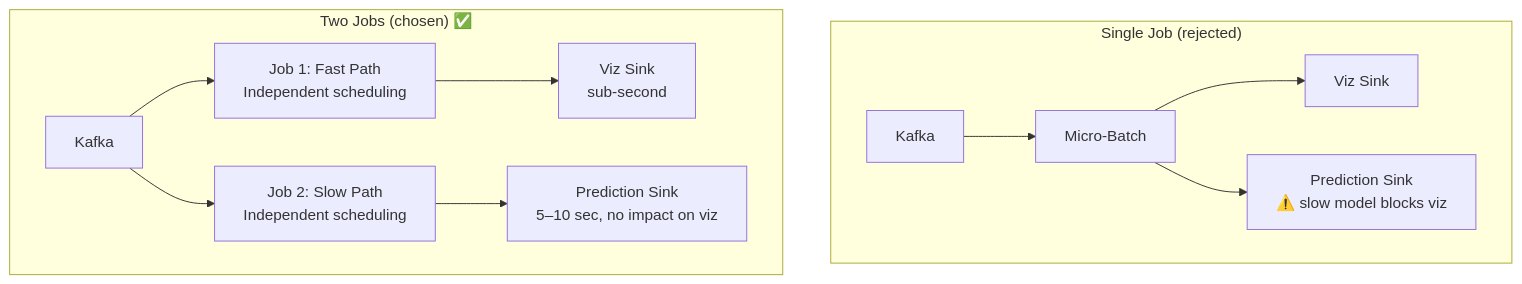
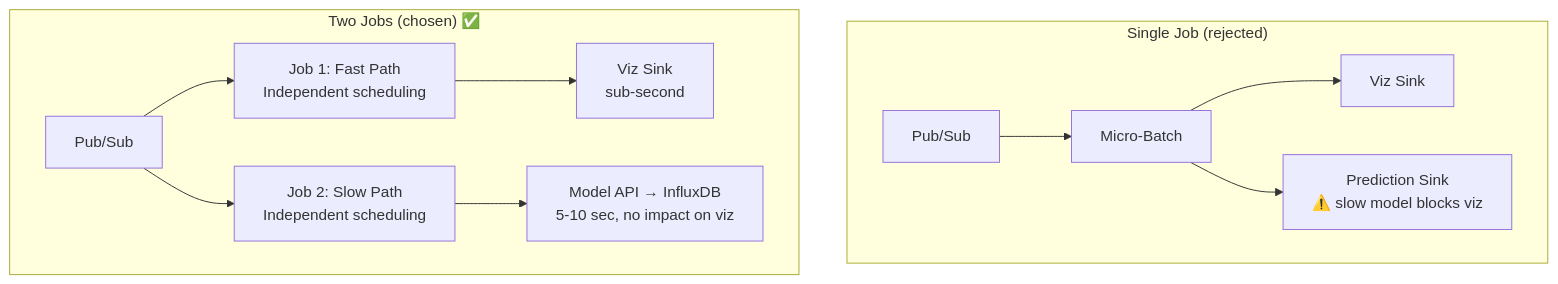
One commit to nmk-k66-uet/F1-Chubby-Data changed the sixth of 11 diagrams in revised_plan.md. Above: the diagram before and after it, drawn with Mermaid. The commit also changed other lines of this file and 1 other file, not shown here.

````diff
--- a/revised_plan.md
+++ b/revised_plan.md
@@ -307,15 +370,15 @@
 ```mermaid
 flowchart TD
     subgraph "Single Job (rejected)"
-        K1[Kafka] --> MB1[Micro-Batch]
+        K1[Pub/Sub] --> MB1[Micro-Batch]
         MB1 --> VIZ1[Viz Sink]
         MB1 --> PRED1[Prediction Sink<br/>⚠️ slow model blocks viz]
     end
 
     subgraph "Two Jobs (chosen) ✅"
-        K2[Kafka] --> JOB1[Job 1: Fast Path<br/>Independent scheduling]
+        K2[Pub/Sub] --> JOB1[Job 1: Fast Path<br/>Independent scheduling]
         K2 --> JOB2[Job 2: Slow Path<br/>Independent scheduling]
         JOB1 --> VIZ2[Viz Sink<br/>sub-second]
-        JOB2 --> PRED2[Prediction Sink<br/>5–10 sec, no impact on viz]
+        JOB2 --> PRED2[Model API → InfluxDB<br/>5-10 sec, no impact on viz]
     end
 ```
````
